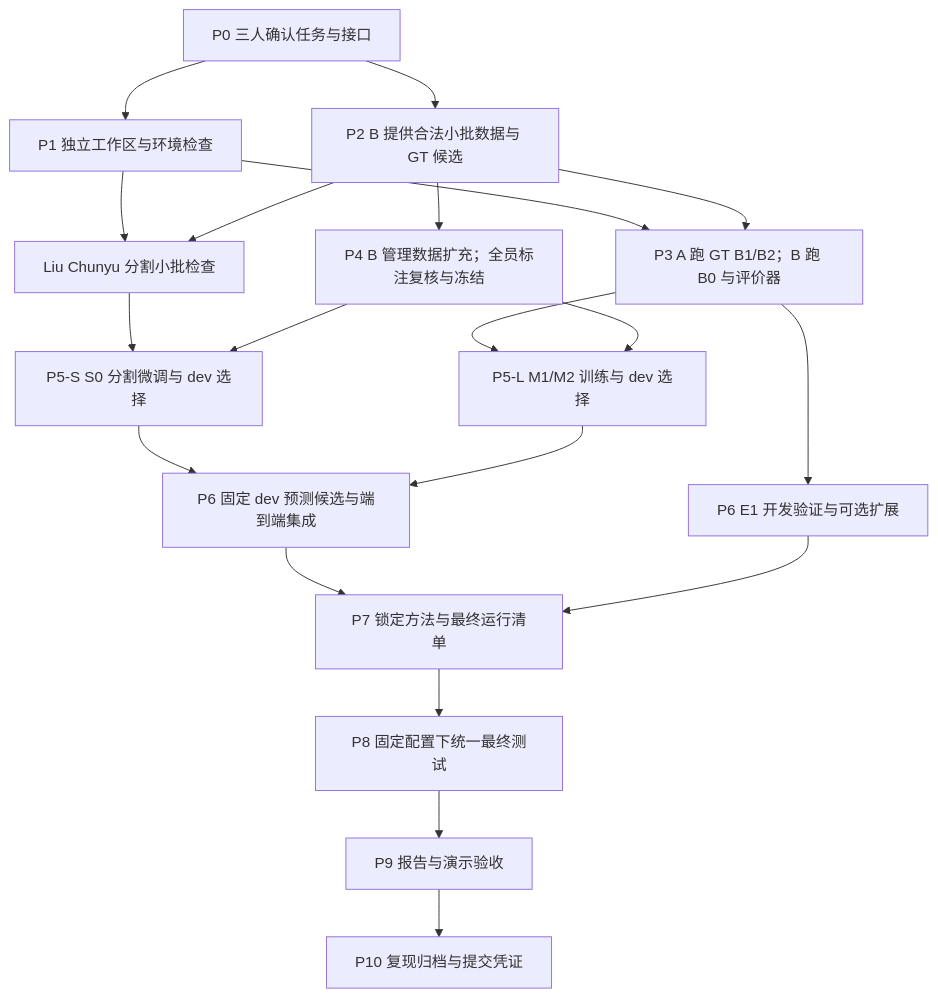
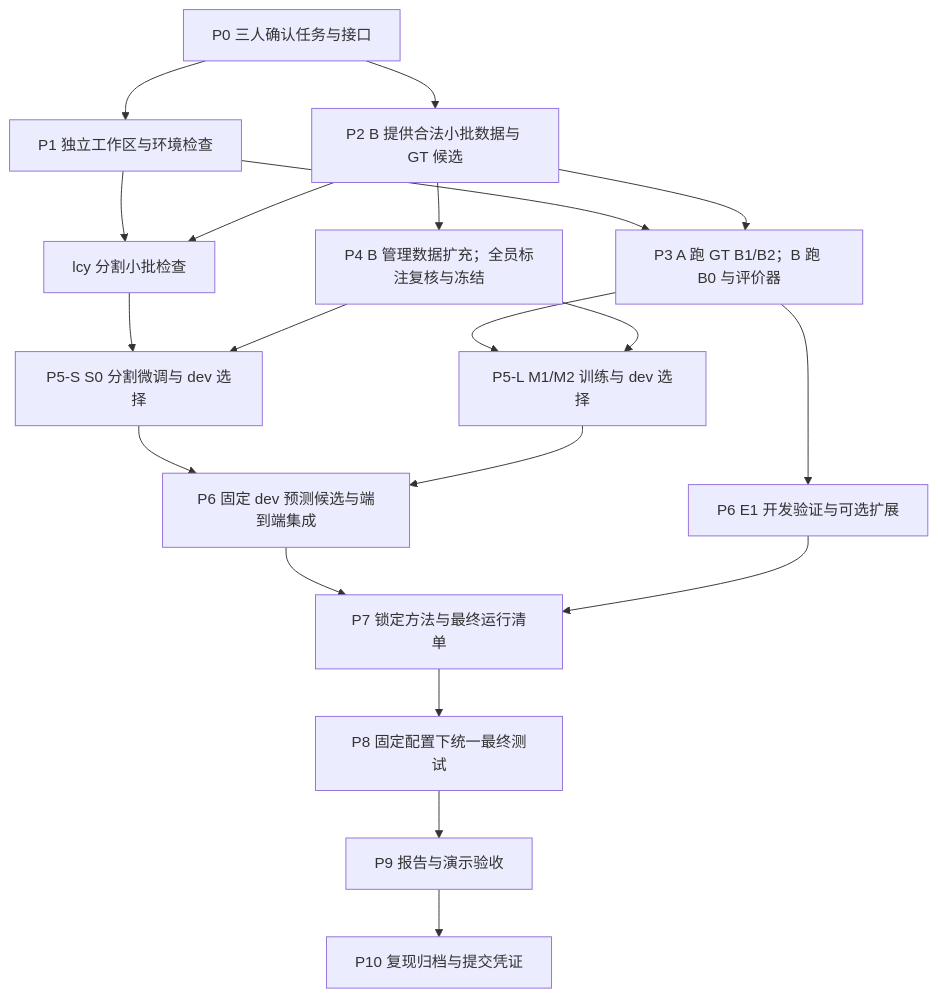
Before and after one commit to rickyliuchunyu/comp4471-fashion-grounding: the diagram in docs/workflow.md, drawn with Mermaid. The commit also changed other lines of this file and 14 other files, not shown here.

````diff
--- a/docs/workflow.md
+++ b/docs/workflow.md
@@ -11,22 +11,22 @@
 ```mermaid
 flowchart TD
     P0["P0 三人确认任务与接口"] --> P1["P1 独立工作区与环境检查"]
     P0 --> P2["P2 B 提供合法小批数据与 GT 候选"]
-    P1 --> S["Liu Chunyu 分割小批检查"]
+    P1 --> S["lcy 分割小批检查"]
     P2 --> S
     P1 --> L["P3 A 跑 GT B1/B2；B 跑 B0 与评价器"]
     P2 --> L
     P2 --> D["P4 B 管理数据扩充；全员标注复核与冻结"]
     S --> ST["P5-S S0 分割微调与 dev 选择"]
     D --> ST
     L --> LT["P5-L M1/M2 训练与 dev 选择"]
     D --> LT
     ST --> C["P6 固定 dev 预测候选与端到端集成"]
     LT --> C
     L --> E["P6 E1 开发验证与可选扩展"]
     C --> F["P7 锁定方法与最终运行清单"]
     E --> F
     F --> T["P8 固定配置下统一最终测试"]
     T --> R["P9 报告与演示验收"]
     R --> A["P10 复现归档与提交凭证"]
 ```
````
